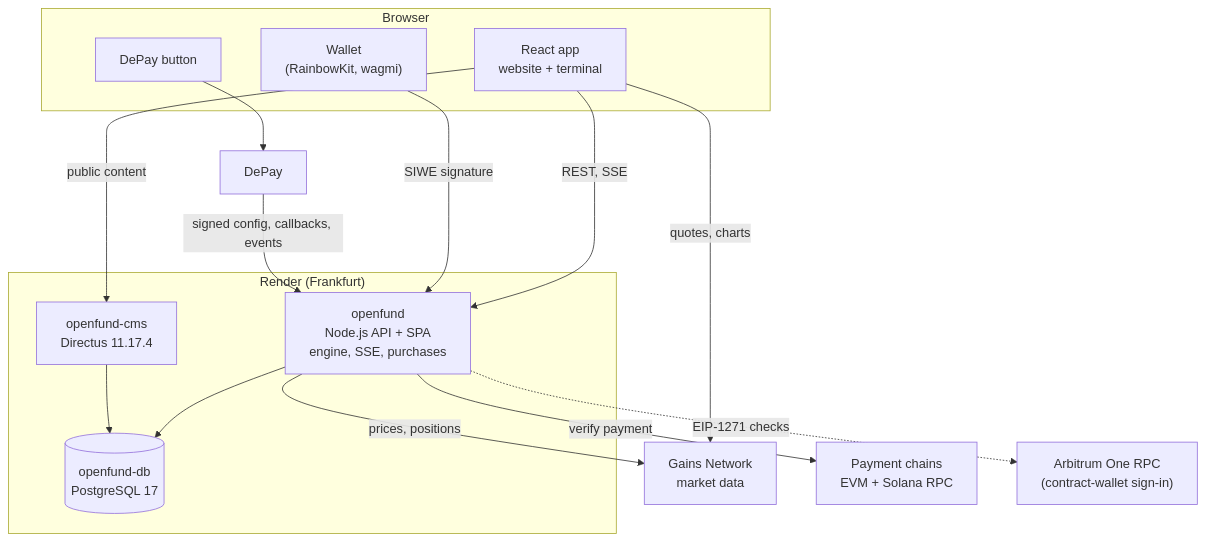
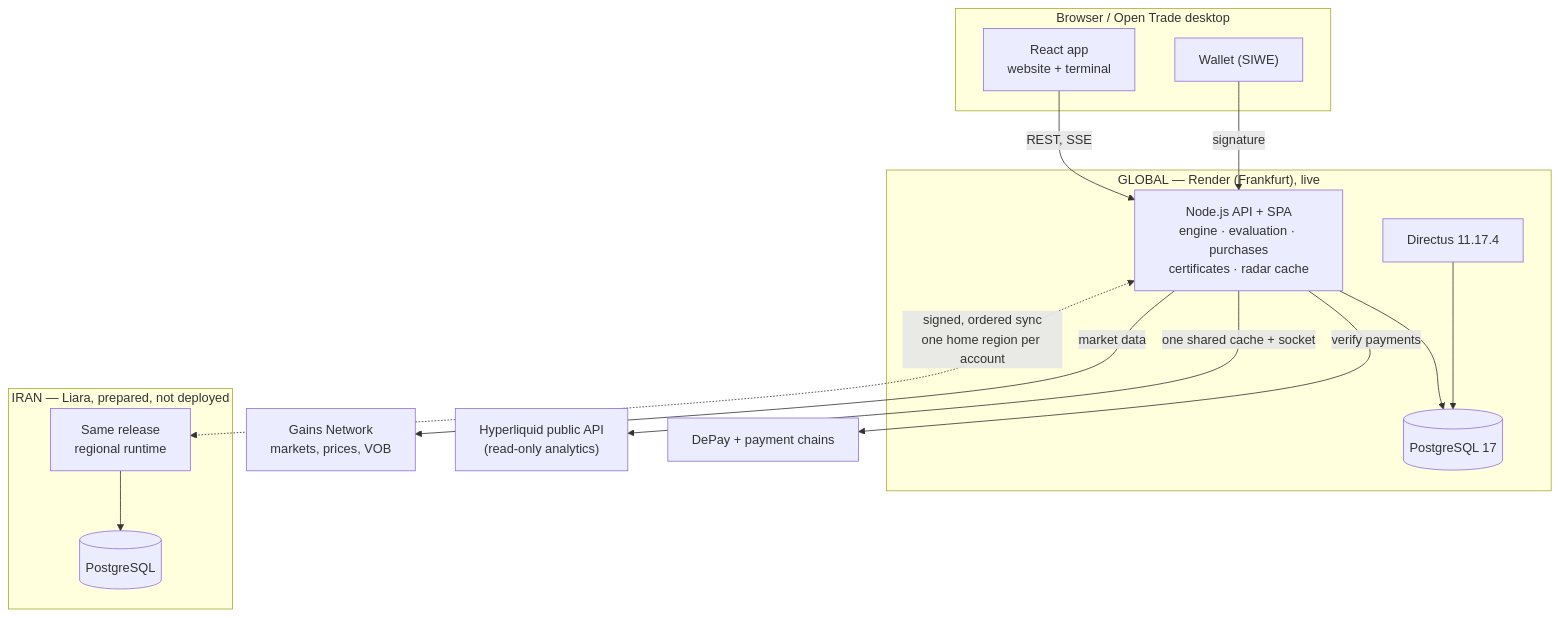
Before and after one commit to algomanlife/openfund: the diagram in README.md, drawn with Mermaid. The commit also changed other lines of this file and 22 other files, not shown here.

````diff
--- a/README.md
+++ b/README.md
@@ -177,29 +161,29 @@
 ```mermaid
 flowchart TB
-  subgraph Browser
-    SPA["React app<br/>website + terminal"]
-    Wallet["Wallet<br/>(RainbowKit, wagmi)"]
-    DePayBtn["DePay button"]
+  subgraph Client["Browser / Open Trade desktop"]
+    Web["React app<br/>website + terminal"]
+    Wallet["Wallet (SIWE)"]
   end
-  subgraph Render["Render (Frankfurt)"]
-    API["openfund<br/>Node.js API + SPA<br/>engine, SSE, purchases"]
-    CMS["openfund-cms<br/>Directus 11.17.4"]
-    DB[("openfund-db<br/>PostgreSQL 17")]
+  subgraph Global["GLOBAL — Render (Frankfurt), live"]
+    API["Node.js API + SPA<br/>engine · evaluation · purchases<br/>certificates · radar cache"]
+    CMS["Directus 11.17.4"]
+    DB[("PostgreSQL 17")]
   end
-  Gains["Gains Network<br/>market data"]
-  DePay["DePay"]
-  Chains["Payment chains<br/>EVM + Solana RPC"]
-  Arb["Arbitrum One RPC<br/>(contract-wallet sign-in)"]
+  subgraph Iran["IRAN — Liara, prepared, not deployed"]
+    APIIR["Same release<br/>regional runtime"]
+    DBIR[("PostgreSQL")]
+  end
+  Gains["Gains Network<br/>markets, prices, VOB"]
+  HL["Hyperliquid public API<br/>(read-only analytics)"]
+  Pay["DePay + payment chains"]
 
-  SPA -->|"REST, SSE"| API
-  SPA -->|"public content"| CMS
-  SPA -->|"quotes, charts"| Gains
-  Wallet -->|"SIWE signature"| API
+  Web -->|REST, SSE| API
+  Wallet -->|signature| API
   API --> DB
   CMS --> DB
-  API -->|"prices, positions"| Gains
-  API -.->|"EIP-1271 checks"| Arb
-  DePayBtn --> DePay
-  DePay -->|"signed config, callbacks, events"| API
-  API -->|"verify payment"| Chains
+  API -->|market data| Gains
+  API -->|one shared cache + socket| HL
+  API -->|verify payments| Pay
+  APIIR --> DBIR
+  API <-.->|"signed, ordered sync<br/>one home region per account"| APIIR
 ```
````
